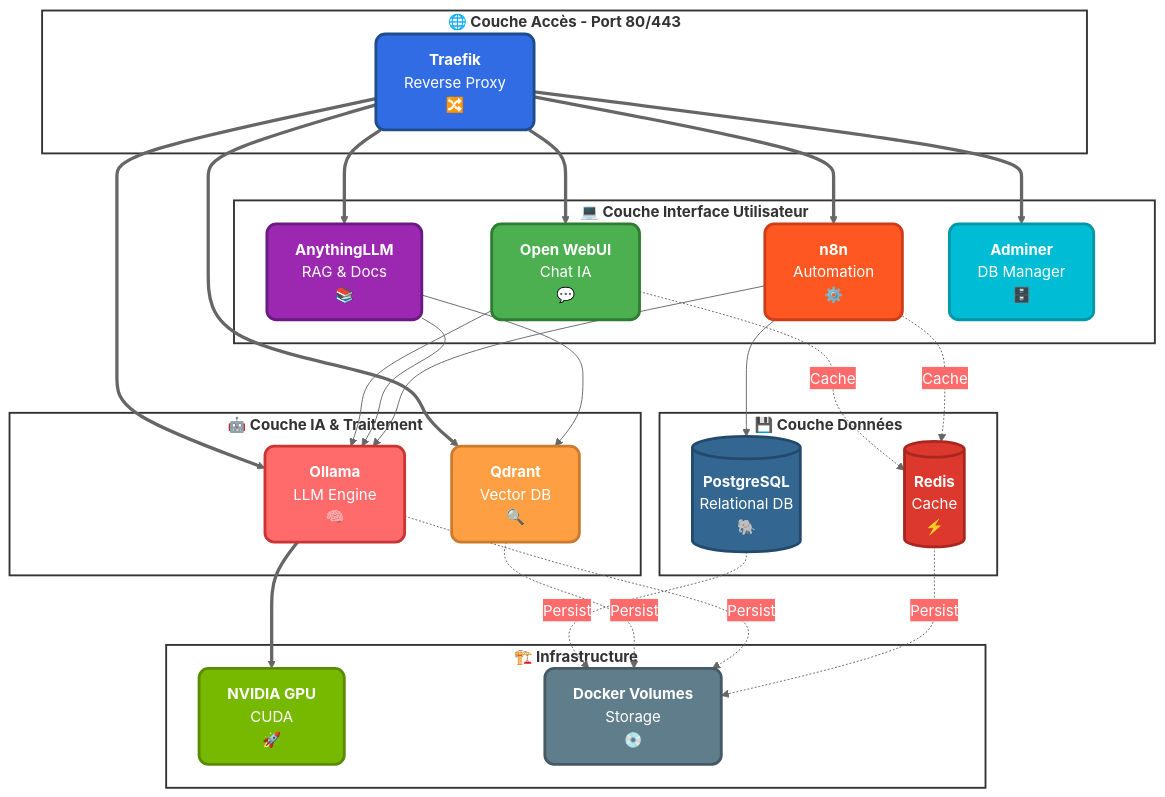
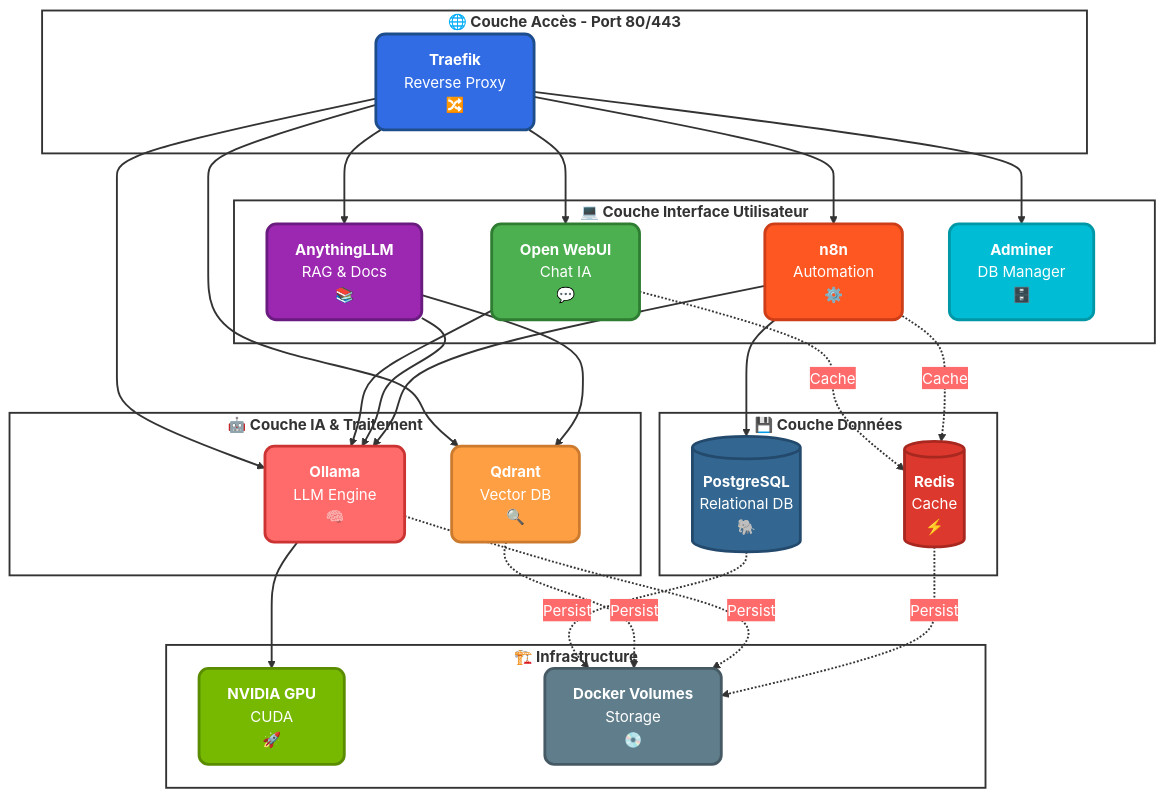
One commit to MPFabio/Stack-IA changed the first of 14 diagrams in docs/ARCHITECTURE.md. Above: the diagram before and after it, drawn with Mermaid. The commit also changed other lines of this file, not shown here.

First line of the commit message:
fix(docs): Ajout flèches visibles sur tous les diagrammes

````diff
--- a/docs/ARCHITECTURE.md
+++ b/docs/ARCHITECTURE.md
@@ -18,69 +18,69 @@
 ```mermaid
 %%{init: {'theme':'base', 'themeVariables': { 'primaryColor':'#326ce5','primaryTextColor':'#fff','primaryBorderColor':'#fff','lineColor':'#666','secondaryColor':'#ff6b6b','tertiaryColor':'#76b900'}}}%%
 graph TB
     subgraph LAYER1["<b>🌐 Couche Accès - Port 80/443</b>"]
         TRAEFIK["<b>Traefik</b><br/>Reverse Proxy<br/>🔀"]
     end
     
     subgraph LAYER2["<b>💻 Couche Interface Utilisateur</b>"]
         WEBUI["<b>Open WebUI</b><br/>Chat IA<br/>💬"]
         ANYTHING["<b>AnythingLLM</b><br/>RAG & Docs<br/>📚"]
         N8N["<b>n8n</b><br/>Automation<br/>⚙️"]
         ADMINER["<b>Adminer</b><br/>DB Manager<br/>🗄️"]
     end
     
     subgraph LAYER3["<b>🤖 Couche IA & Traitement</b>"]
         OLLAMA["<b>Ollama</b><br/>LLM Engine<br/>🧠"]
         QDRANT["<b>Qdrant</b><br/>Vector DB<br/>🔍"]
     end
     
     subgraph LAYER4["<b>💾 Couche Données</b>"]
         POSTGRES[("<b>PostgreSQL</b><br/>Relational DB<br/>🐘")]
         REDIS[("<b>Redis</b><br/>Cache<br/>⚡")]
     end
     
     subgraph INFRA["<b>🏗️ Infrastructure</b>"]
         GPU["<b>NVIDIA GPU</b><br/>CUDA<br/>🚀"]
         VOLUMES["<b>Docker Volumes</b><br/>Storage<br/>💿"]
     end
     
     TRAEFIK ==> WEBUI
     TRAEFIK ==> ANYTHING
     TRAEFIK ==> N8N
     TRAEFIK ==> ADMINER
     TRAEFIK ==> OLLAMA
     TRAEFIK ==> QDRANT
     
     WEBUI --> OLLAMA
     ANYTHING --> OLLAMA
     ANYTHING --> QDRANT
     N8N --> OLLAMA
     N8N --> POSTGRES
     
     OLLAMA ==> GPU
     
     WEBUI -.Cache.-> REDIS
     N8N -.Cache.-> REDIS
     
     POSTGRES -.Persist.-> VOLUMES
     QDRANT -.Persist.-> VOLUMES
     OLLAMA -.Persist.-> VOLUMES
     REDIS -.Persist.-> VOLUMES
     
     style TRAEFIK fill:#326ce5,stroke:#1e4d8b,stroke-width:3px,color:#fff,rx:10,ry:10
     style OLLAMA fill:#ff6b6b,stroke:#cc3333,stroke-width:3px,color:#fff,rx:10,ry:10
     style QDRANT fill:#ff9f43,stroke:#cc7a2e,stroke-width:3px,color:#fff,rx:10,ry:10
     style POSTGRES fill:#336791,stroke:#234a6d,stroke-width:3px,color:#fff,rx:10,ry:10
     style REDIS fill:#dc382d,stroke:#a82820,stroke-width:3px,color:#fff,rx:10,ry:10
     style GPU fill:#76b900,stroke:#5a8c00,stroke-width:3px,color:#fff,rx:10,ry:10
     style WEBUI fill:#4CAF50,stroke:#2e7d32,stroke-width:3px,color:#fff,rx:10,ry:10
     style ANYTHING fill:#9C27B0,stroke:#6a1b7f,stroke-width:3px,color:#fff,rx:10,ry:10
     style N8N fill:#FF5722,stroke:#cc3d18,stroke-width:3px,color:#fff,rx:10,ry:10
     style ADMINER fill:#00BCD4,stroke:#0097a7,stroke-width:3px,color:#fff,rx:10,ry:10
     style VOLUMES fill:#607D8B,stroke:#455a64,stroke-width:3px,color:#fff,rx:10,ry:10
     
     classDef layerStyle fill:#ffffff,stroke:#333,stroke-width:2px,color:#333
     class LAYER1,LAYER2,LAYER3,LAYER4,INFRA layerStyle
     
-    classDef bgWhite fill:#f8f9fa,stroke:#dee2e6,stroke-width:1px
+    linkStyle default stroke:#333,stroke-width:2px
 ```
````
